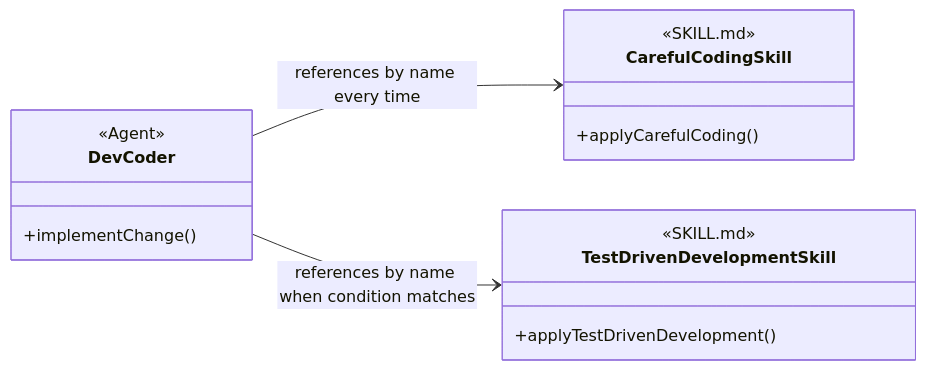
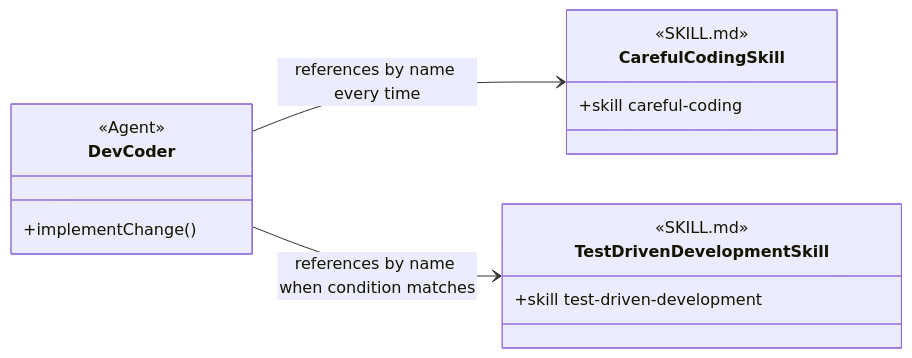
One commit to martinbechard/dev-methodology changed the second of 11 diagrams in design/object-oriented-agent-and-skill-model.md. Above: the diagram before and after it, drawn with Mermaid. The commit also changed other lines of this file and 12 other files, not shown here.

````diff
--- a/design/object-oriented-agent-and-skill-model.md
+++ b/design/object-oriented-agent-and-skill-model.md
@@ -127,24 +143,24 @@
 ```mermaid
 classDiagram
     direction LR
 
     class DevCoder {
         <<Agent>>
         +implementChange()
     }
 
     class CarefulCodingSkill {
         <<SKILL.md>>
         <<Agent Skill>>
-        +applyCarefulCoding()
+        +skill careful-coding
     }
 
     class TestDrivenDevelopmentSkill {
         <<SKILL.md>>
         <<Agent Skill>>
-        +applyTestDrivenDevelopment()
+        +skill test-driven-development
     }
 
     DevCoder --> CarefulCodingSkill : references by name every time
     DevCoder --> TestDrivenDevelopmentSkill : references by name when condition matches
 ```
````
